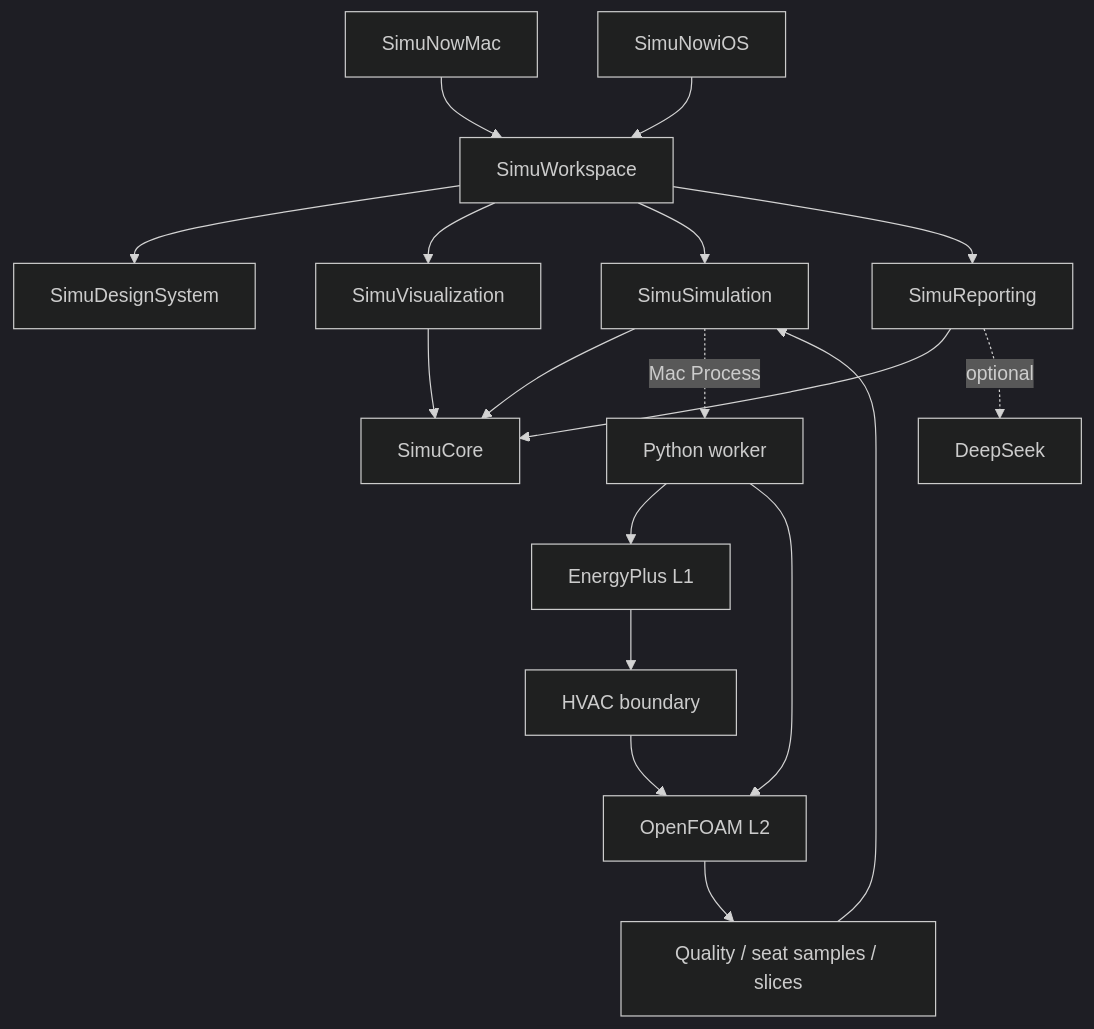
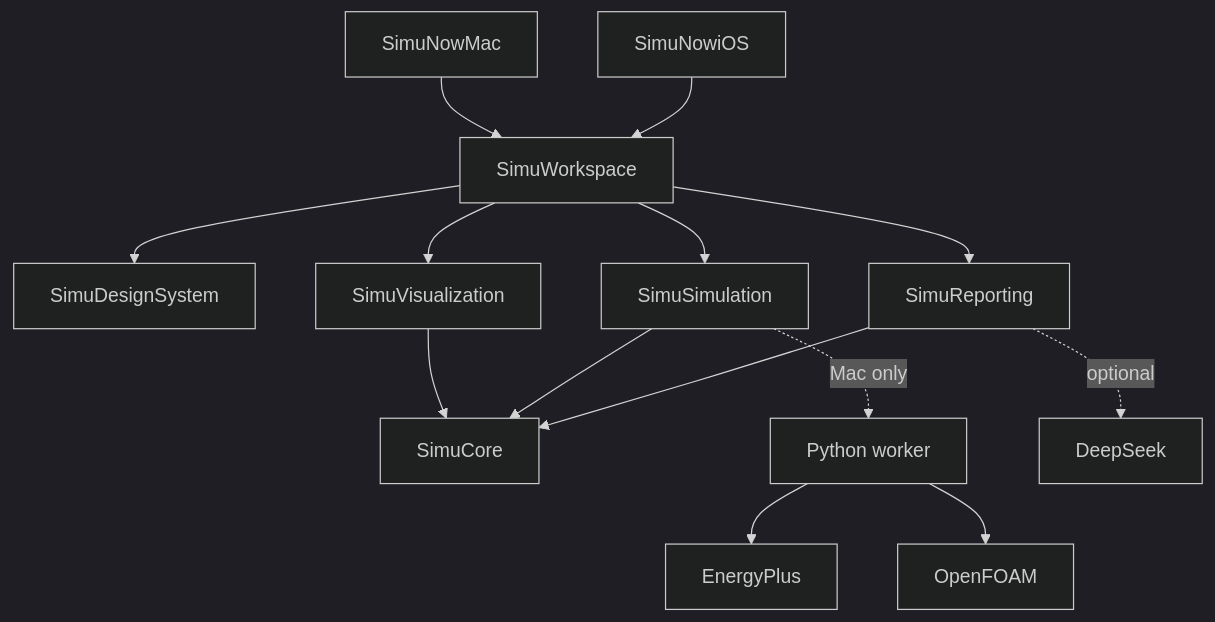
One commit to krabbypatty1031-blip/SimuNow changed the second of 2 diagrams in README.md. Above: the diagram before and after it, drawn with Mermaid (dark theme). The commit also changed other lines of this file and 1 other file, not shown here.

````diff
--- a/README.md
+++ b/README.md
@@ -70,20 +104,16 @@
 ```mermaid
 flowchart TD
   Mac[SimuNowMac] --> WS[SimuWorkspace]
   iOS[SimuNowiOS] --> WS
   WS --> DS[SimuDesignSystem]
   WS --> Viz[SimuVisualization]
   WS --> Sim[SimuSimulation]
   WS --> Rep[SimuReporting]
   Viz --> Core[SimuCore]
   Sim --> Core
   Rep --> Core
-  Sim -. Mac Process .-> Worker[Python worker]
-  Worker --> L1[EnergyPlus L1]
-  Worker --> L2[OpenFOAM L2]
-  L1 --> Bound[HVAC boundary]
-  Bound --> L2
-  L2 --> Q[Quality / seat samples / slices]
-  Q --> Sim
+  Sim -. Mac only .-> Worker[Python worker]
+  Worker --> L1[EnergyPlus]
+  Worker --> L2[OpenFOAM]
   Rep -. optional .-> DSAPI[DeepSeek]
 ```
````
